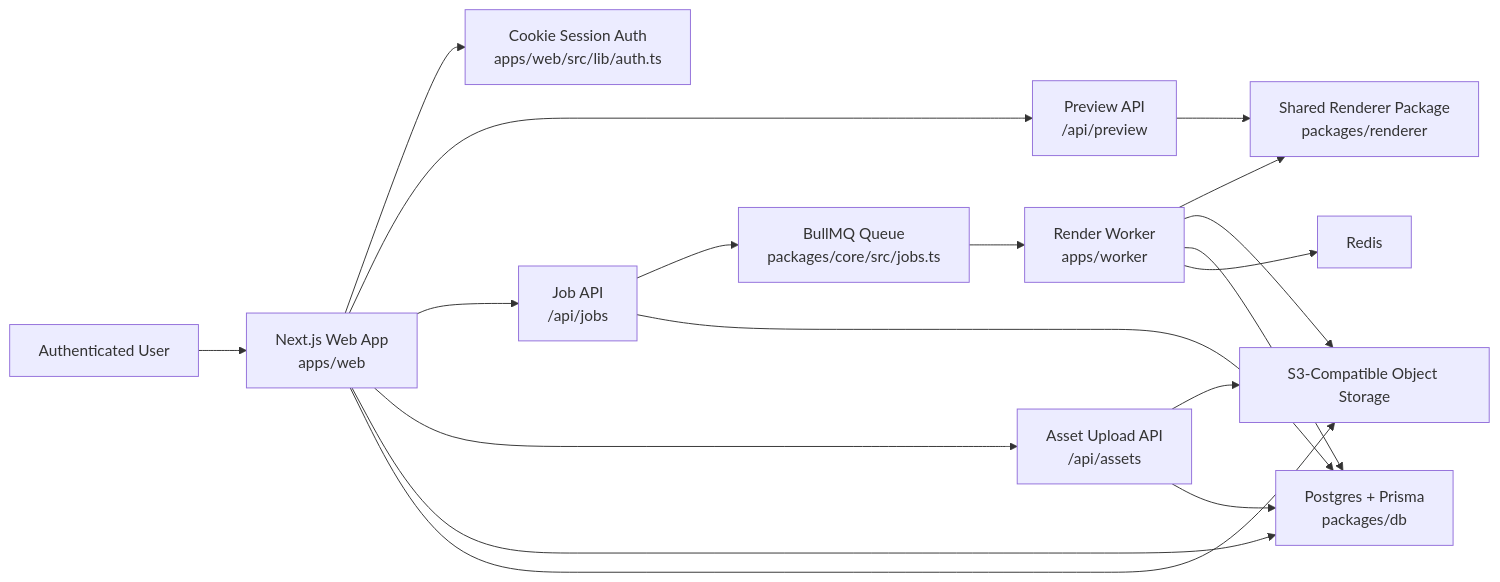
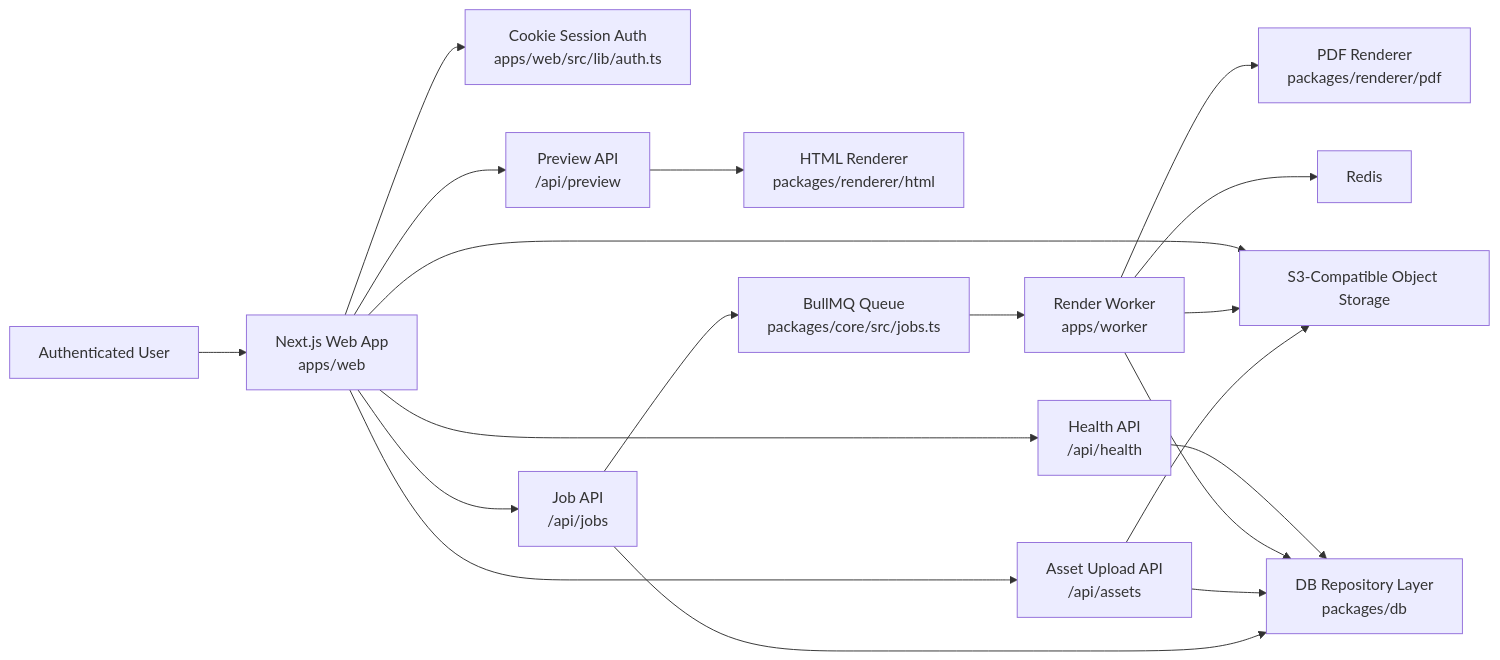
Before and after one commit to armaanx/md2pdf: the first of 12 diagrams in docs/architecture-guide.md, drawn with Mermaid. The commit also changed other lines of this file and 18 other files, not shown here.

Commit message:
docs: update setup and architecture guides

````diff
--- a/docs/architecture-guide.md
+++ b/docs/architecture-guide.md
@@ -23,23 +25,24 @@
 ```mermaid
 flowchart LR
   User["Authenticated User"] --> Web["Next.js Web App<br/>apps/web"]
   Web --> Auth["Cookie Session Auth<br/>apps/web/src/lib/auth.ts"]
   Web --> Preview["Preview API<br/>/api/preview"]
   Web --> Jobs["Job API<br/>/api/jobs"]
   Web --> Assets["Asset Upload API<br/>/api/assets"]
+  Web --> Health["Health API<br/>/api/health"]
 
-  Preview --> Renderer["Shared Renderer Package<br/>packages/renderer"]
+  Preview --> HtmlRenderer["HTML Renderer<br/>packages/renderer/html"]
   Jobs --> Queue["BullMQ Queue<br/>packages/core/src/jobs.ts"]
-  Jobs --> DB["Postgres + Prisma<br/>packages/db"]
+  Jobs --> Repos["DB Repository Layer<br/>packages/db"]
   Assets --> Storage["S3-Compatible Object Storage"]
-  Assets --> DB
+  Assets --> Repos
 
   Queue --> Worker["Render Worker<br/>apps/worker"]
-  Worker --> Renderer
+  Worker --> PdfRenderer["PDF Renderer<br/>packages/renderer/pdf"]
   Worker --> Storage
-  Worker --> DB
+  Worker --> Repos
   Worker --> Redis["Redis"]
 
-  Web --> DB
+  Health --> Repos
   Web --> Storage
 ```
````
